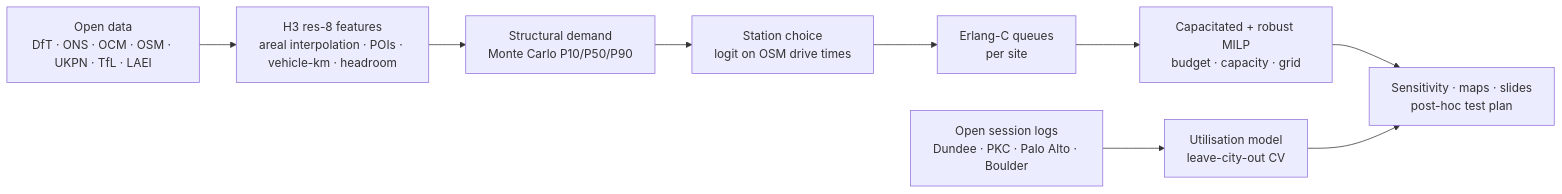
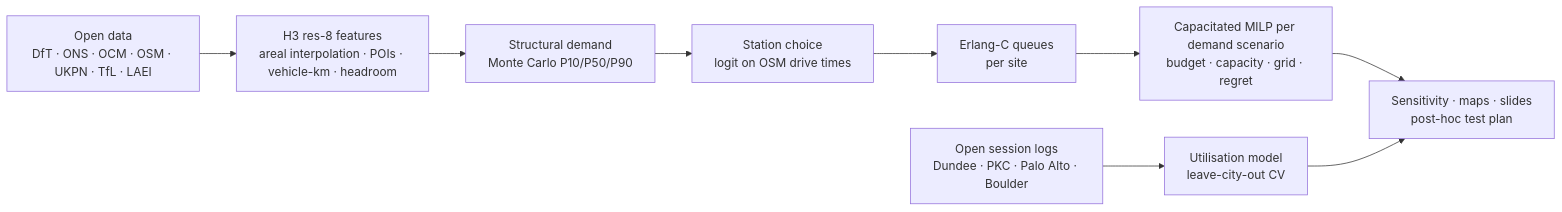
One commit to m-erts/chargescape-london changed the diagram in README.md. Above: the diagram before and after it, drawn with Mermaid. The commit also changed other lines of this file and 59 other files, not shown here.

````diff
--- a/README.md
+++ b/README.md
@@ -56,10 +57,10 @@
 ```mermaid
 flowchart LR
   A[Open data<br/>DfT · ONS · OCM · OSM · UKPN · TfL · LAEI] --> B[H3 res-8 features<br/>areal interpolation · POIs · vehicle-km · headroom]
   B --> C[Structural demand<br/>Monte Carlo P10/P50/P90]
   C --> D[Station choice<br/>logit on OSM drive times]
   D --> E[Erlang-C queues<br/>per site]
-  E --> F[Capacitated + robust MILP<br/>budget · capacity · grid]
+  E --> F[Capacitated MILP per demand scenario<br/>budget · capacity · grid · regret]
   F --> G[Sensitivity · maps · slides<br/>post-hoc test plan]
   H[Open session logs<br/>Dundee · PKC · Palo Alto · Boulder] --> I[Utilisation model<br/>leave-city-out CV] --> G
 ```
````
